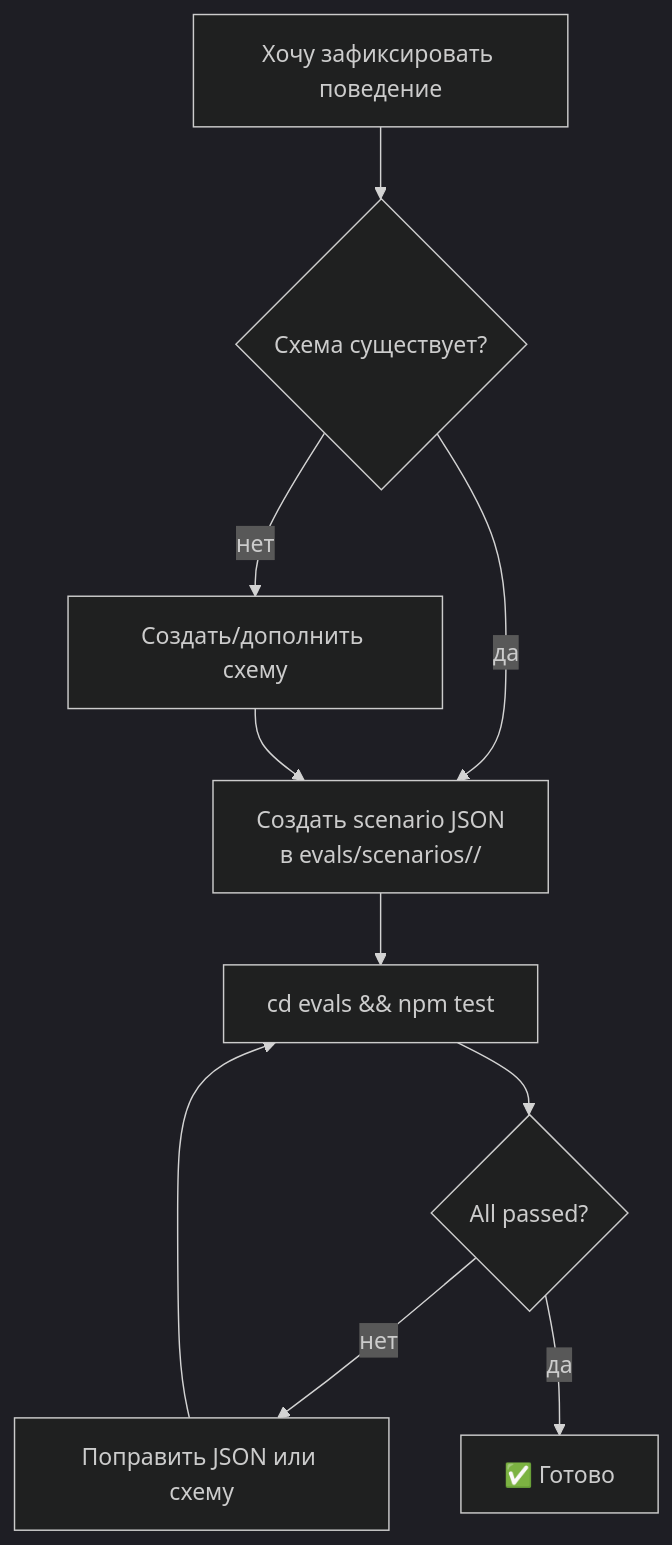
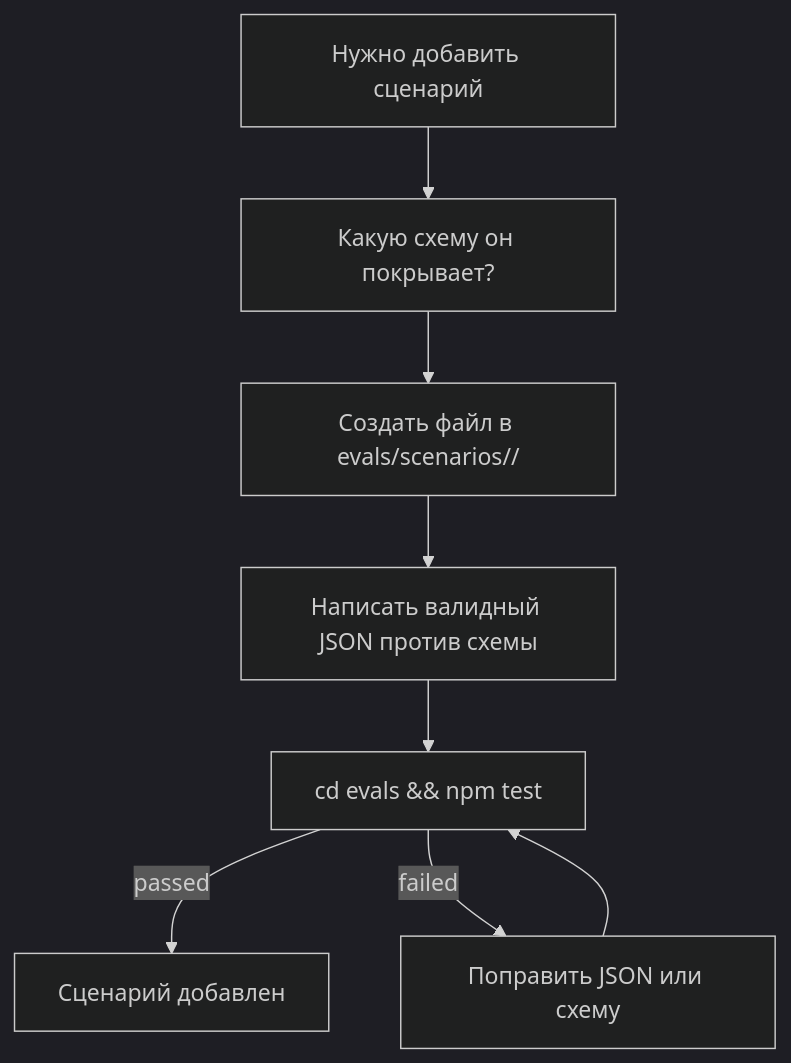
Before and after one commit to Smithbox-ai/ControlFlow: the diagram in docs/tutorial-ru/14-evals.md, drawn with Mermaid (dark theme). The commit also changed other lines of this file and 51 other files, not shown here.

````diff
--- a/docs/tutorial-ru/14-evals.md
+++ b/docs/tutorial-ru/14-evals.md
@@ -172,12 +210,10 @@
 ```mermaid
 flowchart TD
-    Need[Хочу зафиксировать поведение] --> SchemaExists{Схема существует?}
-    SchemaExists -->|нет| CreateSchema[Создать/дополнить схему]
-    SchemaExists -->|да| WriteScenario[Создать scenario JSON\nв evals/scenarios/<agent>/]
-    CreateSchema --> WriteScenario
-    WriteScenario --> Run[cd evals && npm test]
-    Run --> Pass{All passed?}
-    Pass -->|нет| Fix[Поправить JSON или схему]
+    New[Нужно добавить сценарий] --> Which[Какую схему он покрывает?]
+    Which --> Folder[Создать файл в evals/scenarios/<name>/]
+    Folder --> Write[Написать валидный JSON против схемы]
+    Write --> Run[cd evals && npm test]
+    Run -->|passed| Done[Сценарий добавлен]
+    Run -->|failed| Fix[Поправить JSON или схему]
     Fix --> Run
-    Pass -->|да| Done[✅ Готово]
 ```
````
